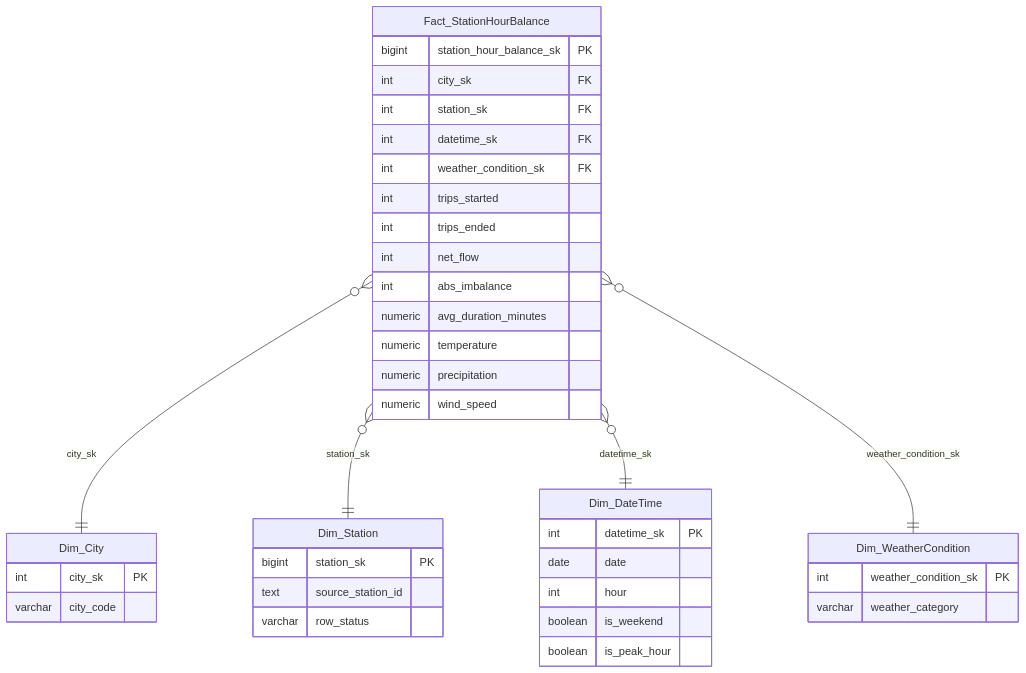
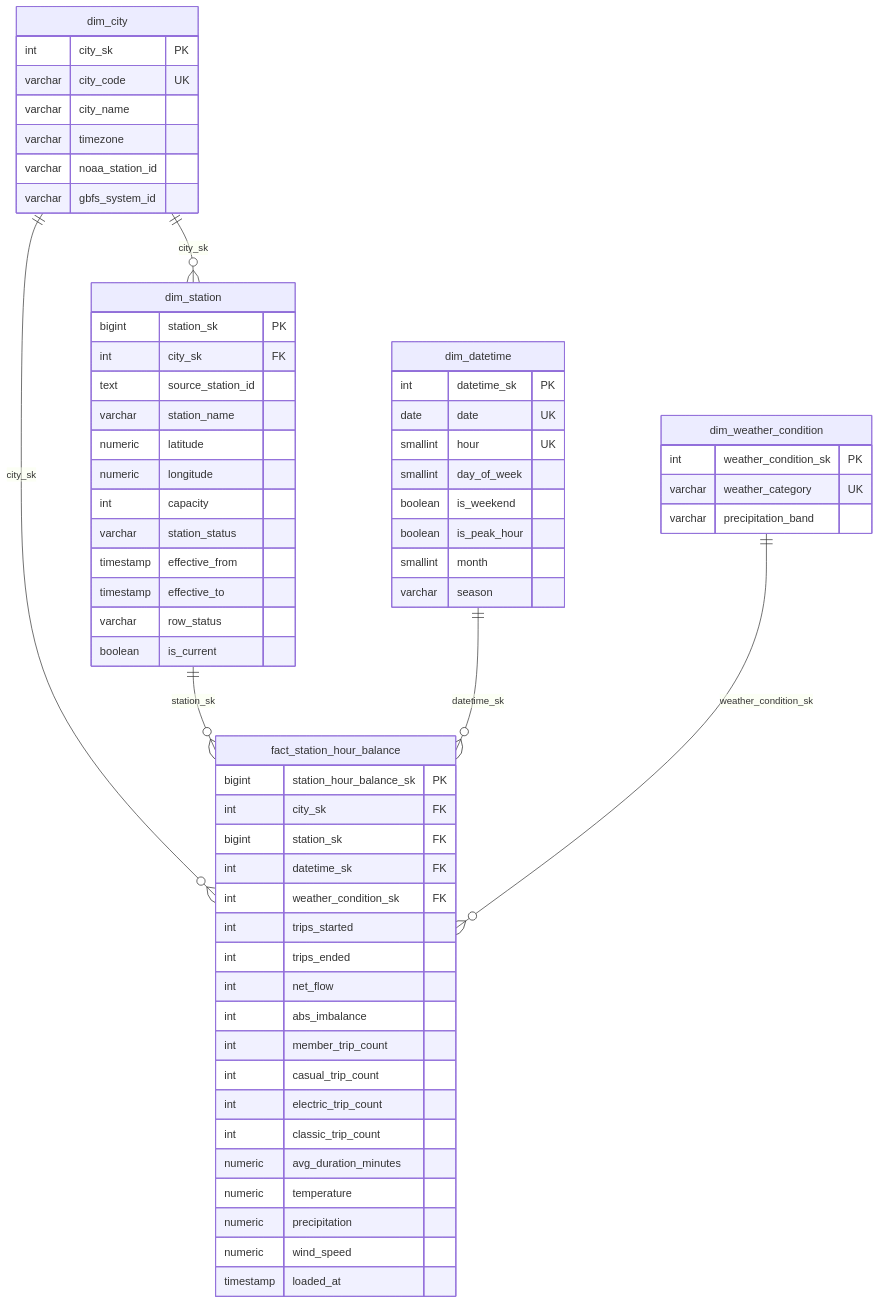
One commit to 1653072/hcmus-master-is-bi changed the sixth of 6 diagrams in 4_Official_Hop_Project/README.md. Above: the diagram before and after it, drawn with Mermaid. The commit also changed other lines of this file, not shown here.

````diff
--- a/4_Official_Hop_Project/README.md
+++ b/4_Official_Hop_Project/README.md
@@ -735,42 +866,65 @@
 ```mermaid
 erDiagram
-  Fact_StationHourBalance {
+  dim_city {
+    int city_sk PK
+    varchar city_code UK
+    varchar city_name
+    varchar timezone
+    varchar noaa_station_id
+    varchar gbfs_system_id
+  }
+  dim_station {
+    bigint station_sk PK
+    int city_sk FK
+    text source_station_id
+    varchar station_name
+    numeric latitude
+    numeric longitude
+    int capacity
+    varchar station_status
+    timestamp effective_from
+    timestamp effective_to
+    varchar row_status
+    boolean is_current
+  }
+  dim_datetime {
+    int datetime_sk PK
+    date date UK
+    smallint hour UK
+    smallint day_of_week
+    boolean is_weekend
+    boolean is_peak_hour
+    smallint month
+    varchar season
+  }
+  dim_weather_condition {
+    int weather_condition_sk PK
+    varchar weather_category UK
+    varchar precipitation_band
+  }
+  fact_station_hour_balance {
     bigint station_hour_balance_sk PK
     int city_sk FK
-    int station_sk FK
+    bigint station_sk FK
     int datetime_sk FK
     int weather_condition_sk FK
     int trips_started
     int trips_ended
     int net_flow
     int abs_imbalance
+    int member_trip_count
+    int casual_trip_count
+    int electric_trip_count
+    int classic_trip_count
     numeric avg_duration_minutes
     numeric temperature
     numeric precipitation
     numeric wind_speed
+    timestamp loaded_at
   }
-  Dim_City {
-    int city_sk PK
-    varchar city_code
-  }
-  Dim_Station {
-    bigint station_sk PK
-    text source_station_id
-    varchar row_status
-  }
-  Dim_DateTime {
-    int datetime_sk PK
-    date date
-    int hour
-    boolean is_weekend
-    boolean is_peak_hour
-  }
-  Dim_WeatherCondition {
-    int weather_condition_sk PK
-    varchar weather_category
-  }
-  Fact_StationHourBalance }o--|| Dim_City : city_sk
-  Fact_StationHourBalance }o--|| Dim_Station : station_sk
-  Fact_StationHourBalance }o--|| Dim_DateTime : datetime_sk
-  Fact_StationHourBalance }o--|| Dim_WeatherCondition : weather_condition_sk
+  dim_city ||--o{ fact_station_hour_balance : city_sk
+  dim_station ||--o{ fact_station_hour_balance : station_sk
+  dim_datetime ||--o{ fact_station_hour_balance : datetime_sk
+  dim_weather_condition ||--o{ fact_station_hour_balance : weather_condition_sk
+  dim_city ||--o{ dim_station : city_sk
 ```
````
